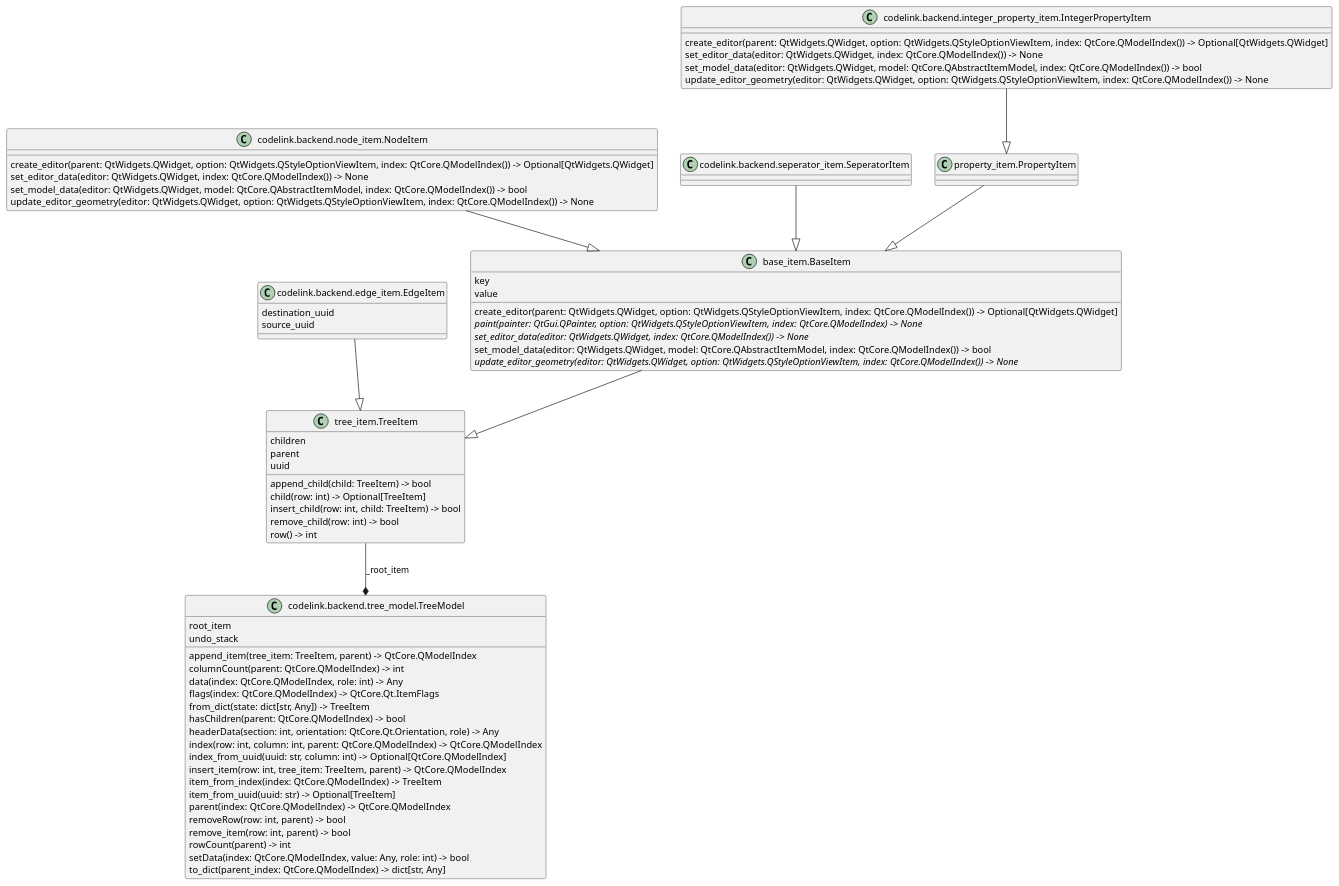
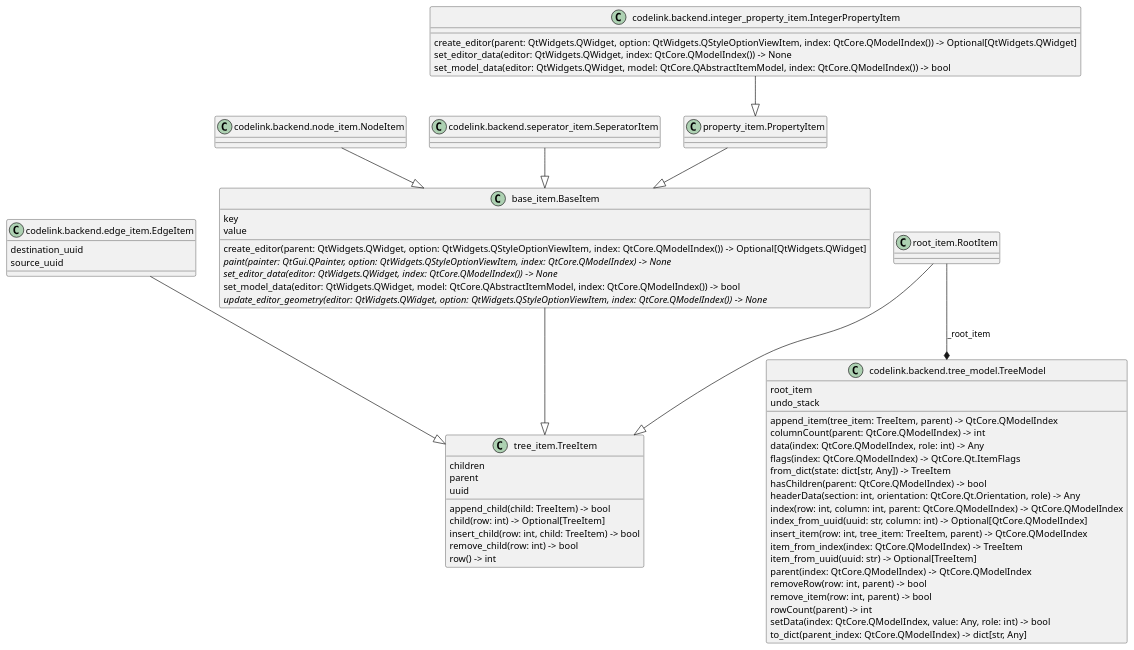
One commit to j8sr0230/codelink changed the diagram in src/codelink/backend/classes.puml. Above: the diagram before and after it, drawn with PlantUML. The commit also changed 12 other files, not shown here.

```diff
--- a/src/codelink/backend/classes.puml
+++ b/src/codelink/backend/classes.puml
@@ -1,71 +1,69 @@
 @startuml classes
 set namespaceSeparator none
 class "base_item.BaseItem" as base_item.BaseItem {
   key
   value
   create_editor(parent: QtWidgets.QWidget, option: QtWidgets.QStyleOptionViewItem, index: QtCore.QModelIndex()) -> Optional[QtWidgets.QWidget]
   {abstract}paint(painter: QtGui.QPainter, option: QtWidgets.QStyleOptionViewItem, index: QtCore.QModelIndex) -> None
   {abstract}set_editor_data(editor: QtWidgets.QWidget, index: QtCore.QModelIndex()) -> None
   set_model_data(editor: QtWidgets.QWidget, model: QtCore.QAbstractItemModel, index: QtCore.QModelIndex()) -> bool
   {abstract}update_editor_geometry(editor: QtWidgets.QWidget, option: QtWidgets.QStyleOptionViewItem, index: QtCore.QModelIndex()) -> None
 }
 class "codelink.backend.edge_item.EdgeItem" as codelink.backend.edge_item.EdgeItem {
   destination_uuid
   source_uuid
 }
 class "codelink.backend.integer_property_item.IntegerPropertyItem" as codelink.backend.integer_property_item.IntegerPropertyItem {
   create_editor(parent: QtWidgets.QWidget, option: QtWidgets.QStyleOptionViewItem, index: QtCore.QModelIndex()) -> Optional[QtWidgets.QWidget]
   set_editor_data(editor: QtWidgets.QWidget, index: QtCore.QModelIndex()) -> None
   set_model_data(editor: QtWidgets.QWidget, model: QtCore.QAbstractItemModel, index: QtCore.QModelIndex()) -> bool
-  update_editor_geometry(editor: QtWidgets.QWidget, option: QtWidgets.QStyleOptionViewItem, index: QtCore.QModelIndex()) -> None
 }
 class "codelink.backend.node_item.NodeItem" as codelink.backend.node_item.NodeItem {
-  create_editor(parent: QtWidgets.QWidget, option: QtWidgets.QStyleOptionViewItem, index: QtCore.QModelIndex()) -> Optional[QtWidgets.QWidget]
-  set_editor_data(editor: QtWidgets.QWidget, index: QtCore.QModelIndex()) -> None
-  set_model_data(editor: QtWidgets.QWidget, model: QtCore.QAbstractItemModel, index: QtCore.QModelIndex()) -> bool
-  update_editor_geometry(editor: QtWidgets.QWidget, option: QtWidgets.QStyleOptionViewItem, index: QtCore.QModelIndex()) -> None
 }
 class "codelink.backend.seperator_item.SeperatorItem" as codelink.backend.seperator_item.SeperatorItem {
 }
 class "codelink.backend.tree_model.TreeModel" as codelink.backend.tree_model.TreeModel {
   root_item
   undo_stack
   append_item(tree_item: TreeItem, parent) -> QtCore.QModelIndex
   columnCount(parent: QtCore.QModelIndex) -> int
   data(index: QtCore.QModelIndex, role: int) -> Any
   flags(index: QtCore.QModelIndex) -> QtCore.Qt.ItemFlags
   from_dict(state: dict[str, Any]) -> TreeItem
   hasChildren(parent: QtCore.QModelIndex) -> bool
   headerData(section: int, orientation: QtCore.Qt.Orientation, role) -> Any
   index(row: int, column: int, parent: QtCore.QModelIndex) -> QtCore.QModelIndex
   index_from_uuid(uuid: str, column: int) -> Optional[QtCore.QModelIndex]
   insert_item(row: int, tree_item: TreeItem, parent) -> QtCore.QModelIndex
   item_from_index(index: QtCore.QModelIndex) -> TreeItem
   item_from_uuid(uuid: str) -> Optional[TreeItem]
   parent(index: QtCore.QModelIndex) -> QtCore.QModelIndex
   removeRow(row: int, parent) -> bool
   remove_item(row: int, parent) -> bool
   rowCount(parent) -> int
   setData(index: QtCore.QModelIndex, value: Any, role: int) -> bool
   to_dict(parent_index: QtCore.QModelIndex) -> dict[str, Any]
 }
 class "property_item.PropertyItem" as property_item.PropertyItem {
 }
+class "root_item.RootItem" as root_item.RootItem {
+}
 class "tree_item.TreeItem" as tree_item.TreeItem {
   children
   parent
   uuid
   append_child(child: TreeItem) -> bool
   child(row: int) -> Optional[TreeItem]
   insert_child(row: int, child: TreeItem) -> bool
   remove_child(row: int) -> bool
   row() -> int
 }
 base_item.BaseItem --|> tree_item.TreeItem
 codelink.backend.edge_item.EdgeItem --|> tree_item.TreeItem
 codelink.backend.integer_property_item.IntegerPropertyItem --|> property_item.PropertyItem
 codelink.backend.node_item.NodeItem --|> base_item.BaseItem
 codelink.backend.seperator_item.SeperatorItem --|> base_item.BaseItem
 property_item.PropertyItem --|> base_item.BaseItem
-tree_item.TreeItem --* codelink.backend.tree_model.TreeModel : _root_item
+root_item.RootItem --|> tree_item.TreeItem
+root_item.RootItem --* codelink.backend.tree_model.TreeModel : _root_item
 @enduml
```
